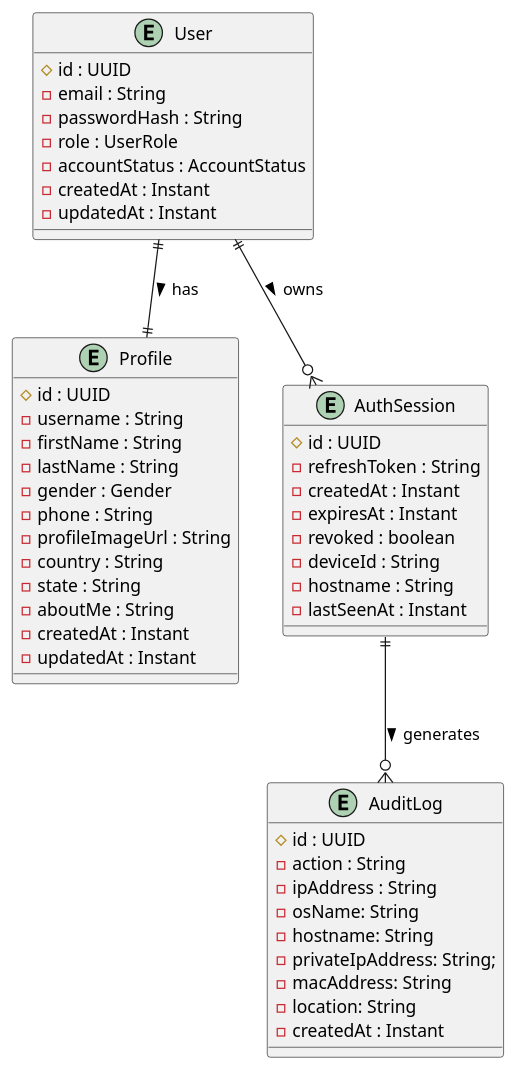
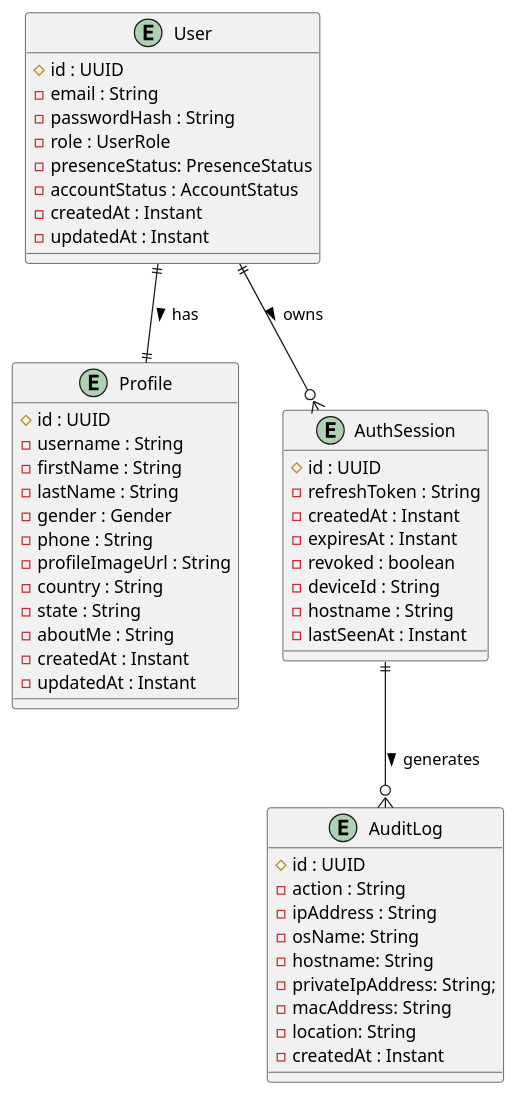
Before and after one commit to zouari-oss/serinity-desktop: the diagram in project/access-control/src/main/java/com/serinity/accesscontrol/model/README.md, drawn with PlantUML. The commit also changed 9 other files, not shown here.

````diff
--- a/project/access-control/src/main/java/com/serinity/accesscontrol/model/README.md
+++ b/project/access-control/src/main/java/com/serinity/accesscontrol/model/README.md
@@ -3,58 +3,59 @@
 ```plantuml
 @startuml
 ' Entities
 entity "User" as U {
   #id : UUID
   -email : String
   -passwordHash : String
   -role : UserRole
+  -presenceStatus: PresenceStatus
   -accountStatus : AccountStatus
   -createdAt : Instant
   -updatedAt : Instant
 }
 
 entity "Profile" as P {
   #id : UUID
   -username : String
   -firstName : String
   -lastName : String
   -gender : Gender
   -phone : String
   -profileImageUrl : String
   -country : String
   -state : String
   -aboutMe : String
   -createdAt : Instant
   -updatedAt : Instant
 }
 
 entity "AuthSession" as S {
   #id : UUID
   -refreshToken : String
   -createdAt : Instant
   -expiresAt : Instant
   -revoked : boolean
   -deviceId : String
   -hostname : String
   -lastSeenAt : Instant
 }
 
 entity "AuditLog" as L {
   #id : UUID
   -action : String
   -ipAddress : String
   -osName: String
   -hostname: String
   -privateIpAddress: String;
   -macAddress: String
   -location: String
   -createdAt : Instant
 }
 
 ' Relationships
 U ||--|| P : has >
 U ||--o{ S : owns >
 S ||--o{ L : generates >
 
 @enduml
 ```
````
